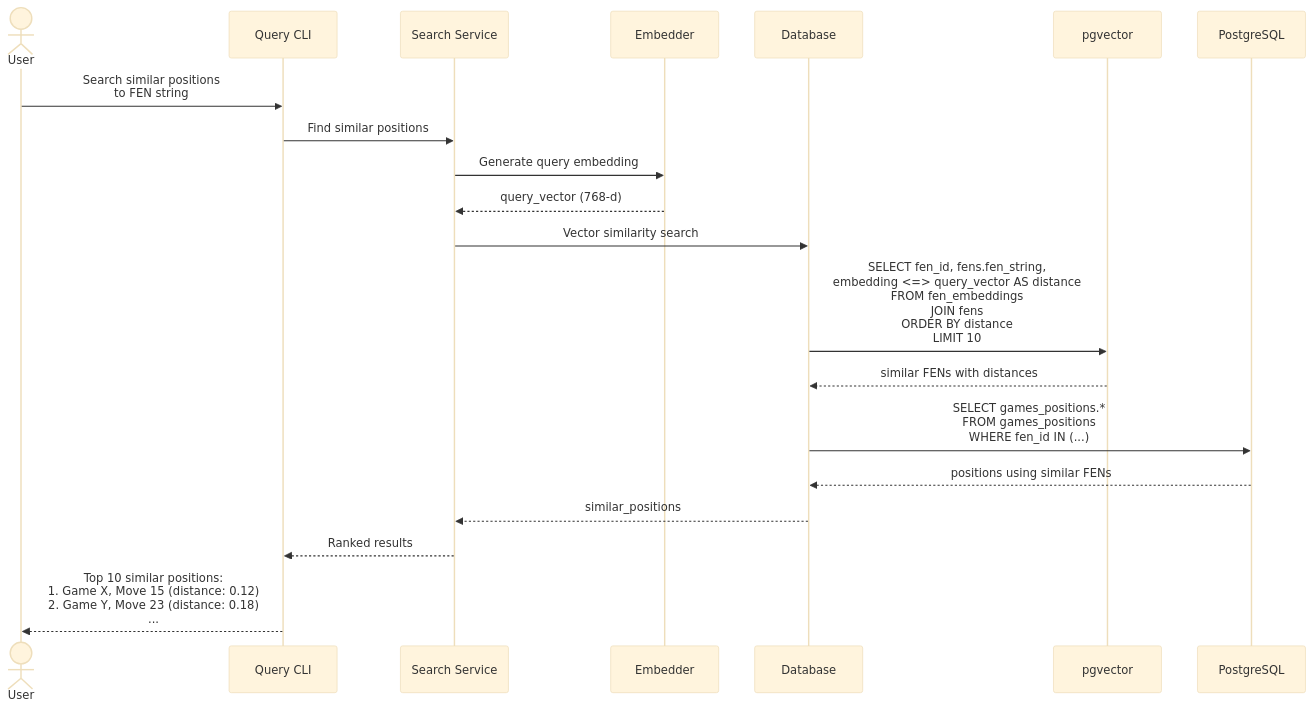
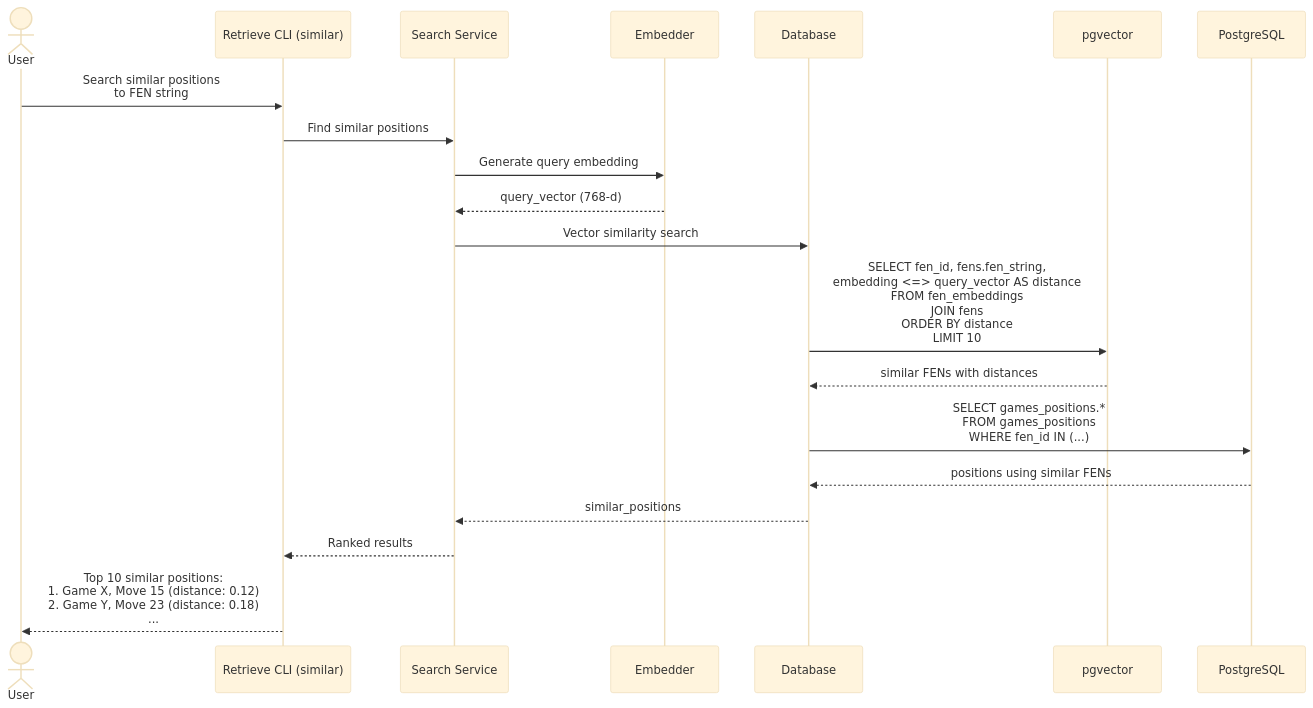
The sixth of 9 diagrams in docs/ARCHITECTURE_DIAGRAM.md (HendrikReh/chessbuddy), drawn with Mermaid (base theme) before and after one commit. The commit also changed other lines of this file and 13 other files, not shown here.

````diff
--- a/docs/ARCHITECTURE_DIAGRAM.md
+++ b/docs/ARCHITECTURE_DIAGRAM.md
@@ -284,31 +260,31 @@
 ```mermaid
 sequenceDiagram
     actor User
-    participant CLI as Query CLI
+    participant CLI as Retrieve CLI (similar)
     participant Search as Search Service
     participant Embed as Embedder
     participant DB as Database
     participant Vec as pgvector
     participant PG as PostgreSQL
 
     User->>CLI: Search similar positions<br/>to FEN string
 
     CLI->>Search: Find similar positions
 
     Search->>Embed: Generate query embedding
     Embed-->>Search: query_vector (768-d)
 
     Search->>DB: Vector similarity search
 
     DB->>Vec: SELECT fen_id, fens.fen_string,<br/>embedding <=> query_vector AS distance<br/>FROM fen_embeddings<br/>JOIN fens<br/>ORDER BY distance<br/>LIMIT 10
 
     Vec-->>DB: similar FENs with distances
 
     DB->>PG: SELECT games_positions.*<br/>FROM games_positions<br/>WHERE fen_id IN (...)
 
     PG-->>DB: positions using similar FENs
     DB-->>Search: similar_positions
 
     Search-->>CLI: Ranked results
     CLI-->>User: Top 10 similar positions:<br/>1. Game X, Move 15 (distance: 0.12)<br/>2. Game Y, Move 23 (distance: 0.18)<br/>...
 ```
````
